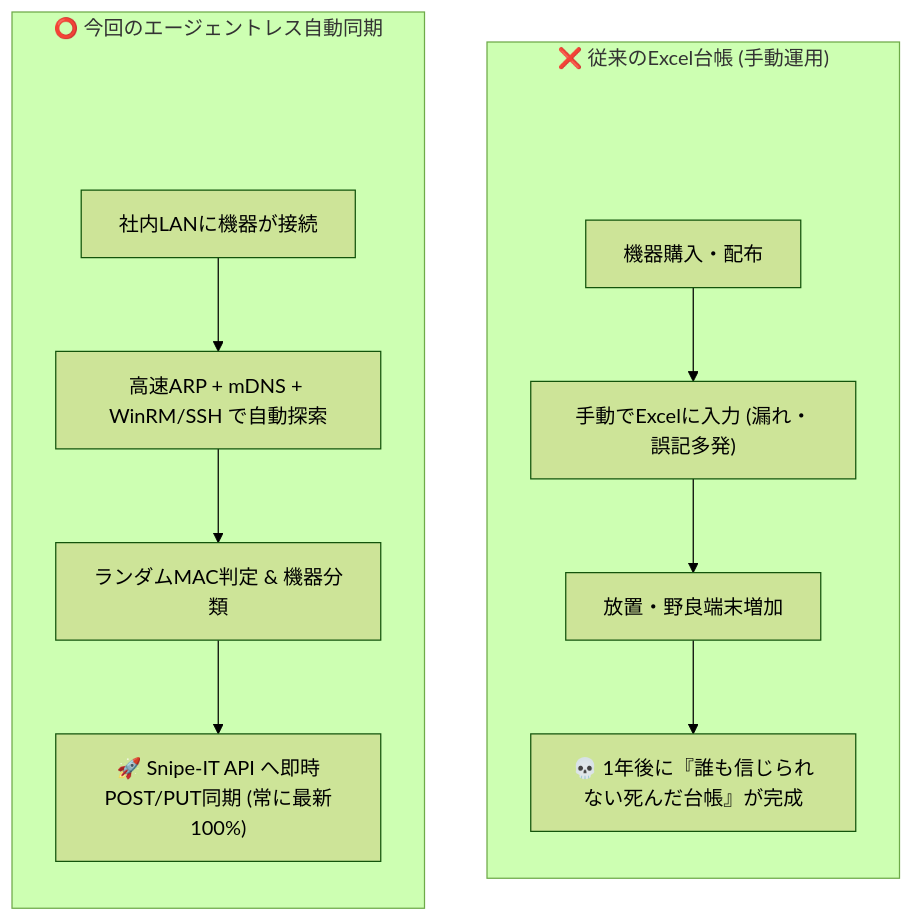
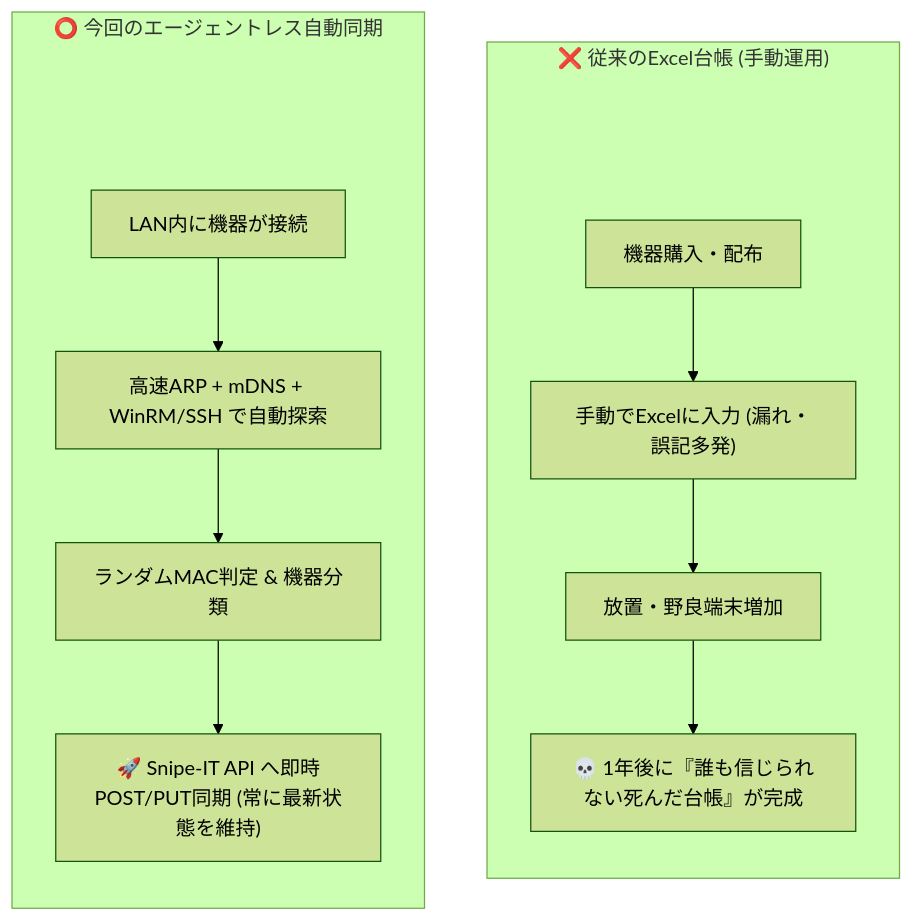
The first of 2 diagrams in QIITA_ARTICLE_DETAIL_3.md (ojisantech/ojisan-arsenal), drawn with Mermaid (forest theme) before and after one commit. The commit also changed other lines of this file and 6 other files, not shown here.

Commit message:
docs: enrich QIITA_ARTICLE_DETAIL_1..7 with full technical implementation, diagrams, and operational guides from original drafts

````diff
--- a/QIITA_ARTICLE_DETAIL_3.md
+++ b/QIITA_ARTICLE_DETAIL_3.md
@@ -47,20 +39,20 @@
 ```mermaid
 flowchart TD
     subgraph Manual ["❌ 従来のExcel台帳 (手動運用)"]
         direction TB
         spacer_manual[" "] ~~~ M1
         style spacer_manual fill:none,stroke:none;
         M1["機器購入・配布"] --> M2["手動でExcelに入力 (漏れ・誤記多発)"]
         M2 --> M3["放置・野良端末増加"]
         M3 --> M4["💀 1年後に『誰も信じられない死んだ台帳』が完成"]
     end
 
     subgraph Auto ["⭕ 今回のエージェントレス自動同期"]
         direction TB
         spacer_auto[" "] ~~~ A1
         style spacer_auto fill:none,stroke:none;
-        A1["社内LANに機器が接続"] --> A2["高速ARP + mDNS + WinRM/SSH で自動探索"]
+        A1["LAN内に機器が接続"] --> A2["高速ARP + mDNS + WinRM/SSH で自動探索"]
         A2 --> A3["ランダムMAC判定 & 機器分類"]
-        A3 --> A4["🚀 Snipe-IT API へ即時POST/PUT同期 (常に最新100%)"]
+        A3 --> A4["🚀 Snipe-IT API へ即時POST/PUT同期 (常に最新状態を維持)"]
     end
 ```
````
